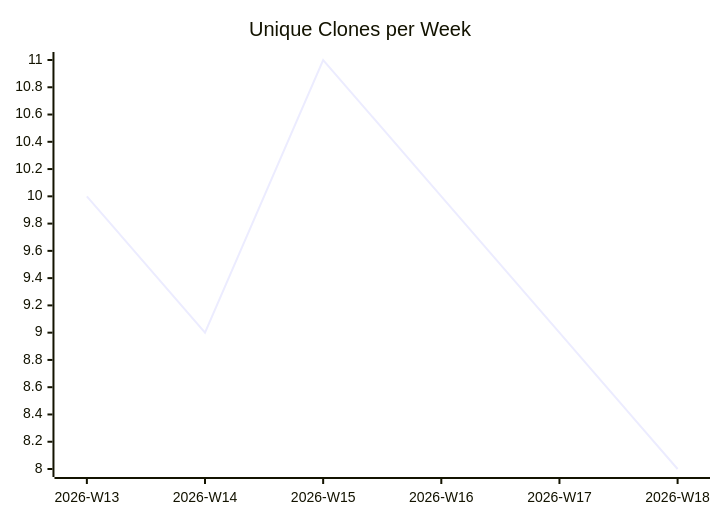
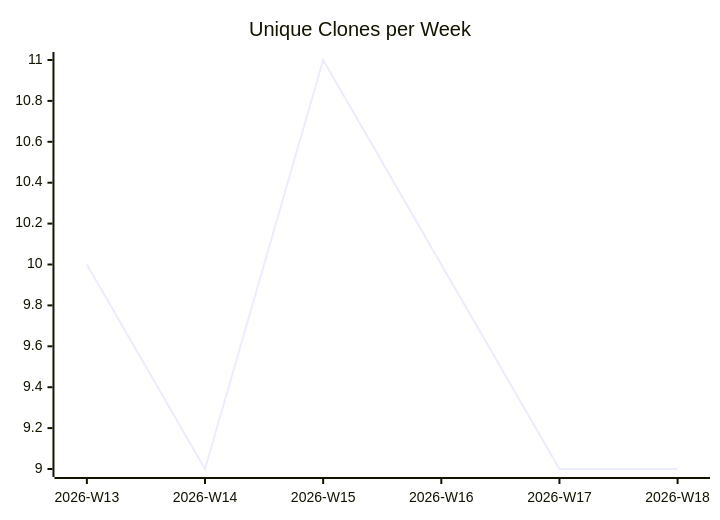
The third of 3 diagrams in karlmdavis/usgs-water-api-java/README.md (justdavis-family/github-analytics-data), drawn with Mermaid before and after one commit. The commit also changed other lines of this file and 188 other files, not shown here.

````diff
--- a/karlmdavis/usgs-water-api-java/README.md
+++ b/karlmdavis/usgs-water-api-java/README.md
@@ -19,6 +19,6 @@
 ```mermaid
 xychart-beta
   title "Unique Clones per Week"
   x-axis ["2026-W13", "2026-W14", "2026-W15", "2026-W16", "2026-W17", "2026-W18"]
-  line [10, 9, 11, 10, 9, 8]
+  line [10, 9, 11, 10, 9, 9]
 ```
````
